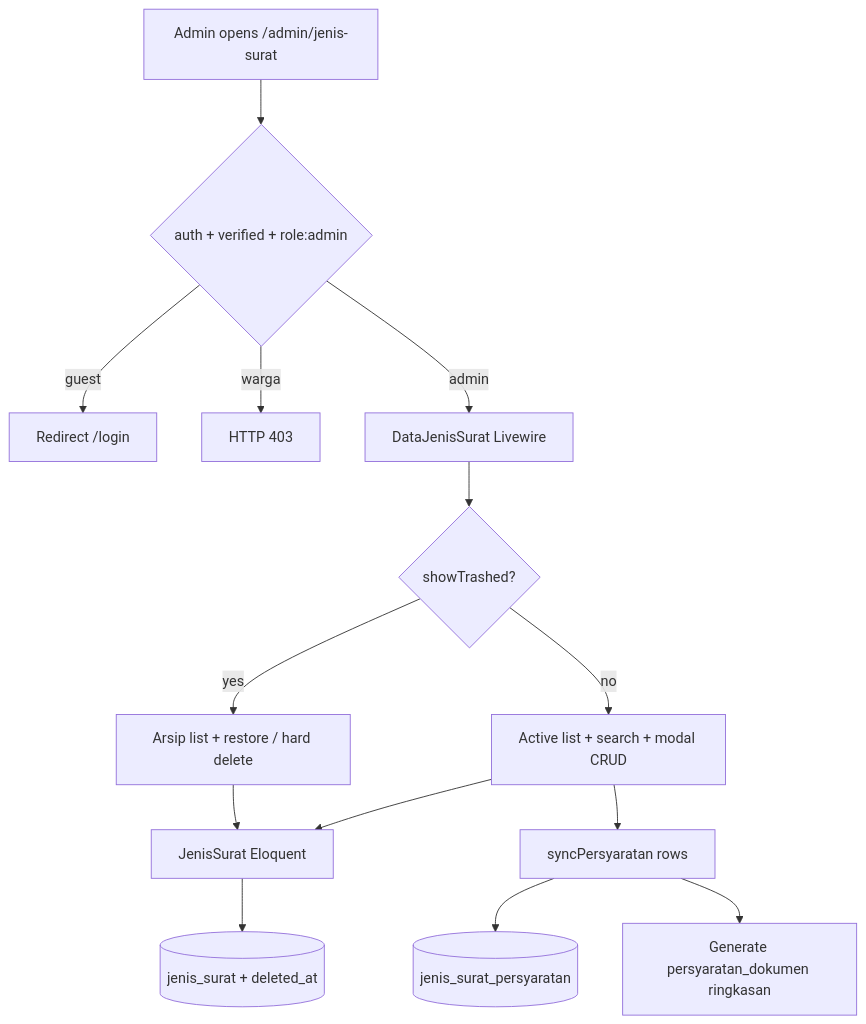
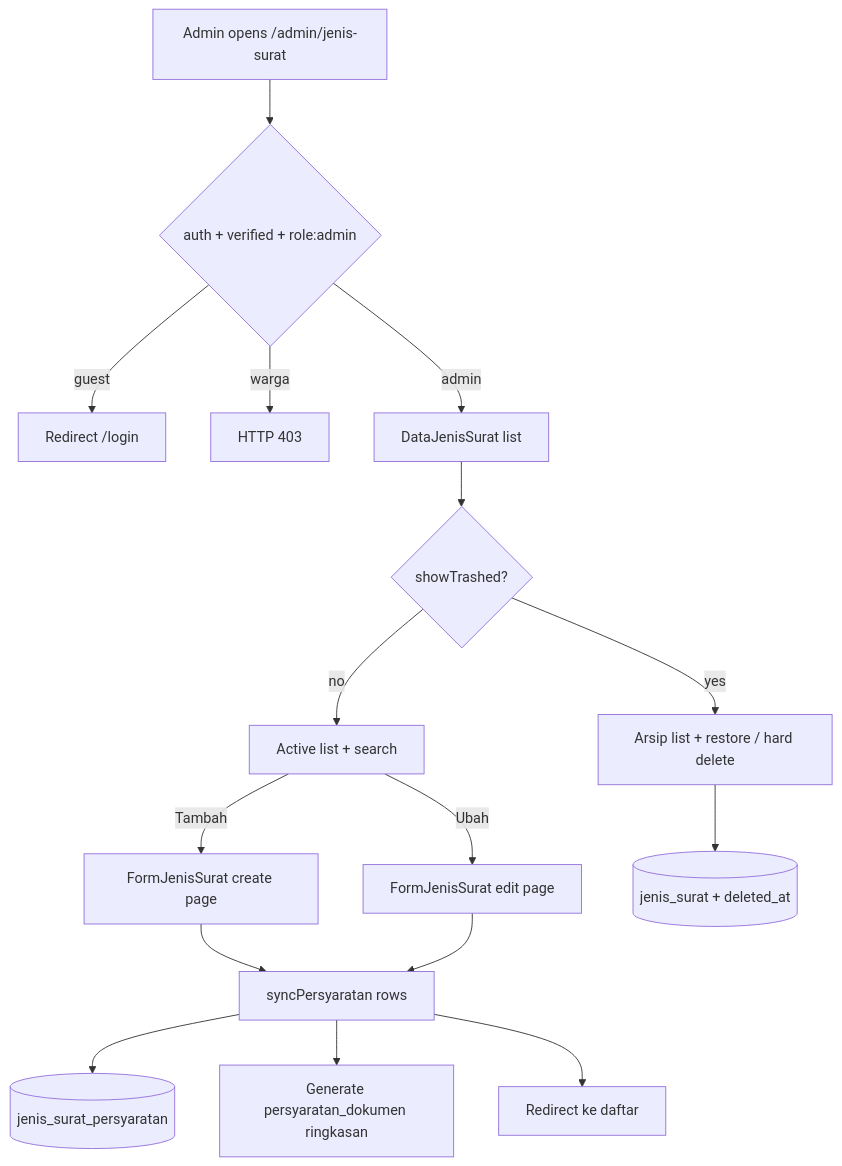
Before and after one commit to ZulfikarHD/sistem-desa: the first of 2 diagrams in docs/dev-docs/features/jenis-surat.md, drawn with Mermaid. The commit also changed other lines of this file and 18 other files, not shown here.

First line of the commit message:
refactor(jenis-surat): pindah form tambah/ubah ke halaman khusus

````diff
--- a/docs/dev-docs/features/jenis-surat.md
+++ b/docs/dev-docs/features/jenis-surat.md
@@ -9,16 +9,18 @@
 ```mermaid
 flowchart TD
     A[Admin opens /admin/jenis-surat] --> B{auth + verified + role:admin}
     B -->|guest| C[Redirect /login]
     B -->|warga| D[HTTP 403]
-    B -->|admin| E[DataJenisSurat Livewire]
+    B -->|admin| E[DataJenisSurat list]
     E --> F{showTrashed?}
-    F -->|no| G[Active list + search + modal CRUD]
+    F -->|no| G[Active list + search]
     F -->|yes| H[Arsip list + restore / hard delete]
-    G --> I[JenisSurat Eloquent]
-    G --> J[syncPersyaratan rows]
-    J --> K[(jenis_surat_persyaratan)]
-    J --> L[Generate persyaratan_dokumen ringkasan]
-    H --> I
-    I --> M[(jenis_surat + deleted_at)]
+    G -->|Tambah| I[FormJenisSurat create page]
+    G -->|Ubah| J[FormJenisSurat edit page]
+    I --> K[syncPersyaratan rows]
+    J --> K
+    K --> L[(jenis_surat_persyaratan)]
+    K --> M[Generate persyaratan_dokumen ringkasan]
+    K --> N[Redirect ke daftar]
+    H --> O[(jenis_surat + deleted_at)]
 ```
````
